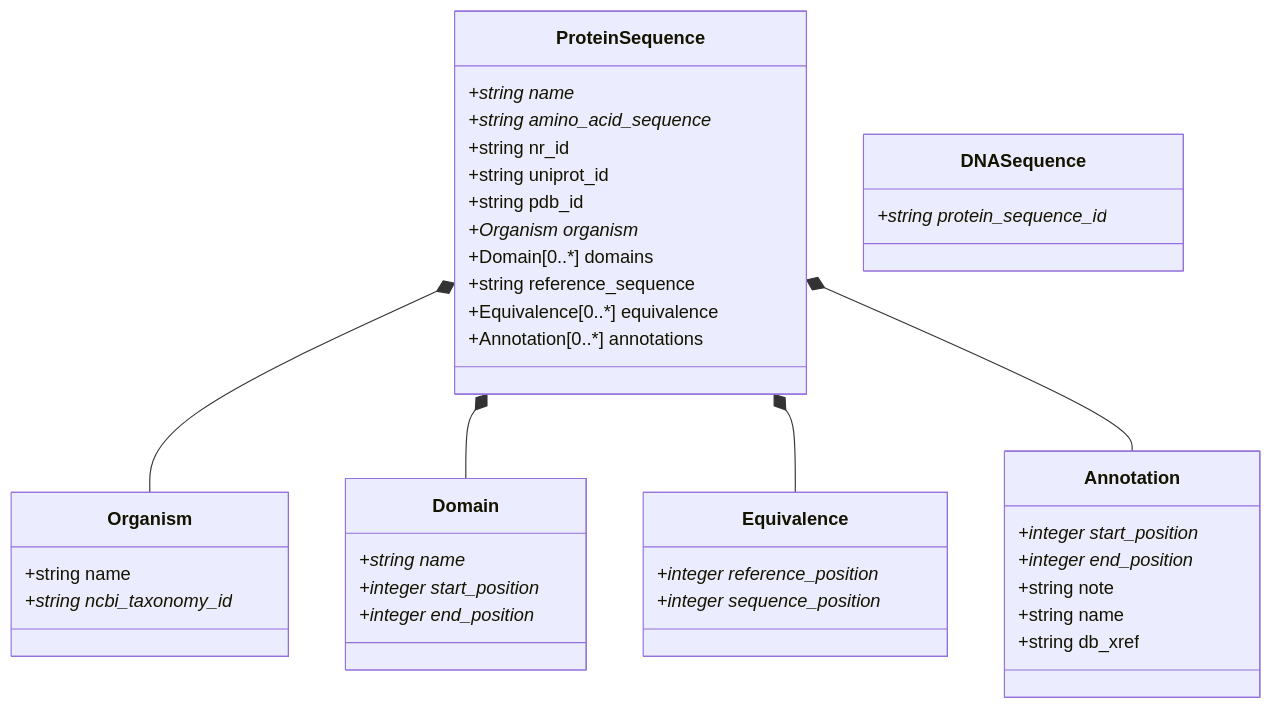
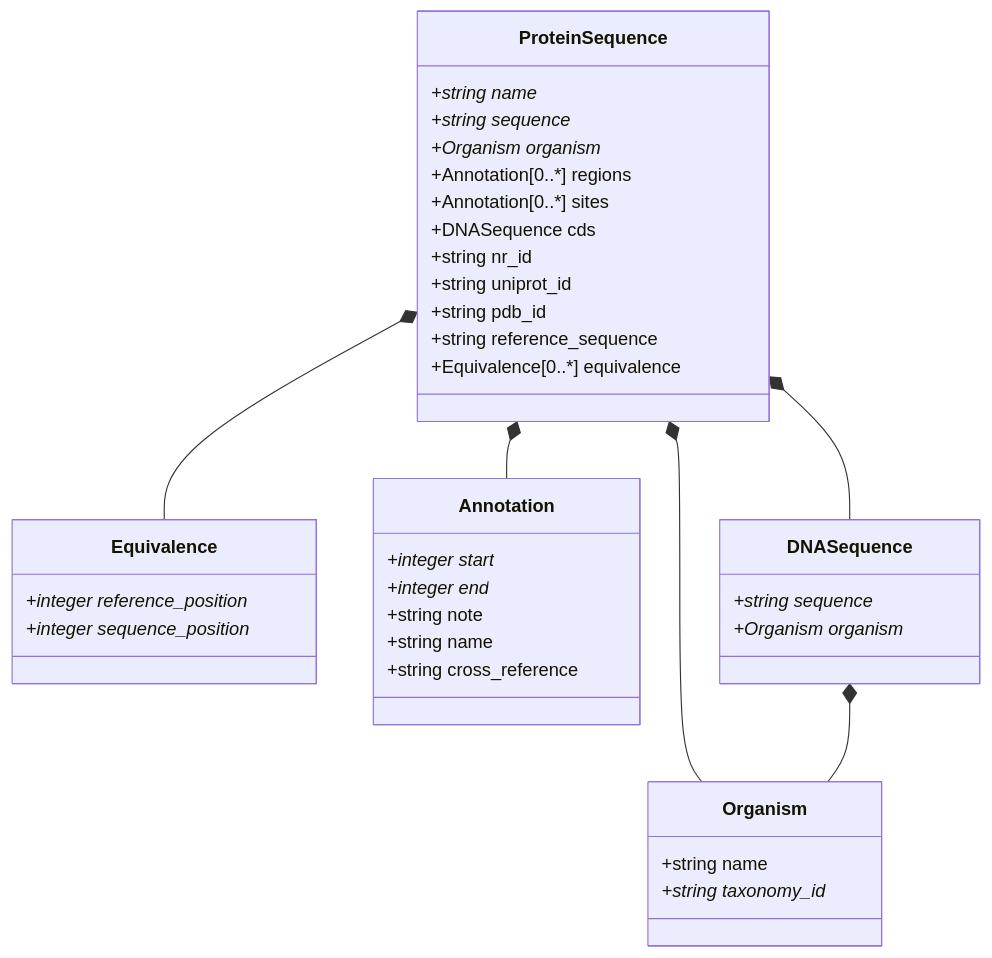
One commit to PyEED/pyeed changed the diagram in pyEED/schemes/pyeed_schema.md. Above: the diagram before and after it, drawn with Mermaid. The commit also changed 8 other files, not shown here.

````diff
--- a/pyEED/schemes/pyeed_schema.md
+++ b/pyEED/schemes/pyeed_schema.md
@@ -1,49 +1,46 @@
 ```mermaid
 classDiagram
     ProteinSequence *-- Organism
-    ProteinSequence *-- Domain
     ProteinSequence *-- Equivalence
     ProteinSequence *-- Annotation
+    ProteinSequence *-- DNASequence
+    DNASequence *-- Organism
     
     class ProteinSequence {
         +string name*
-        +string amino_acid_sequence*
+        +string sequence*
+        +Organism organism*
+        +Annotation[0..*] regions
+        +Annotation[0..*] sites
+        +DNASequence cds
         +string nr_id
         +string uniprot_id
         +string pdb_id
-        +Organism organism*
-        +Domain[0..*] domains
         +string reference_sequence
         +Equivalence[0..*] equivalence
-        +Annotation[0..*] annotations
     }
     
     class Organism {
         +string name
-        +string ncbi_taxonomy_id*
-    }
-    
-    class Domain {
-        +string name*
-        +integer start_position*
-        +integer end_position*
+        +string taxonomy_id*
     }
     
     class Equivalence {
         +integer reference_position*
         +integer sequence_position*
     }
     
     class Annotation {
-        +integer start_position*
-        +integer end_position*
+        +integer start*
+        +integer end*
         +string note
         +string name
-        +string db_xref
+        +string cross_reference
     }
     
     class DNASequence {
-        +string protein_sequence_id*
+        +string sequence*
+        +Organism organism*
     }
     
 ```
````
